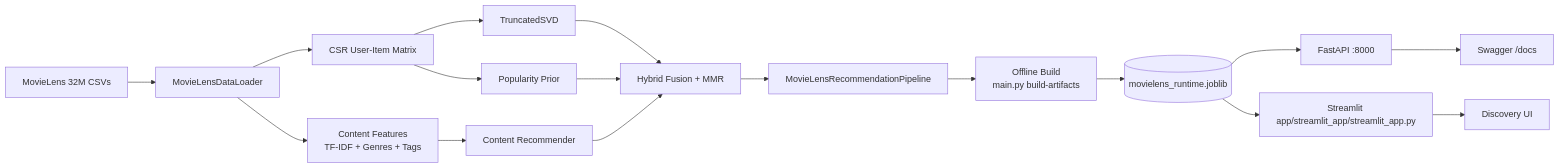
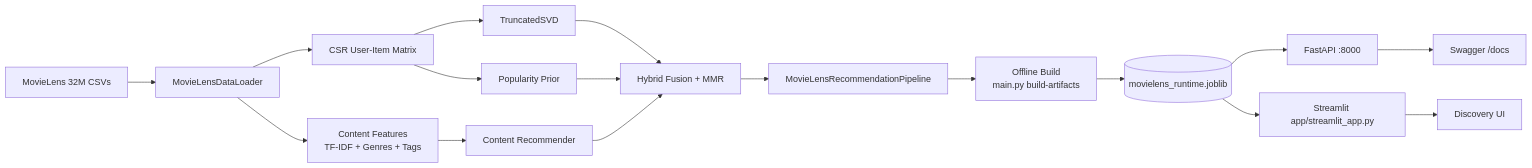
Before and after one commit to mightyalok00/movie-recommendation-system-scikit-learn: the diagram in README.md, drawn with Mermaid. The commit also changed other lines of this file, not shown here.

Commit message:
docs: fix Streamlit entrypoint links

````diff
--- a/README.md
+++ b/README.md
@@ -38,19 +38,19 @@
 ```mermaid
 flowchart LR
     A[MovieLens 32M CSVs] --> B[MovieLensDataLoader]
     B --> C[Content Features\nTF-IDF + Genres + Tags]
     B --> D[CSR User-Item Matrix]
     D --> E[TruncatedSVD]
     D --> F[Popularity Prior]
     C --> G[Content Recommender]
     E --> H[Hybrid Fusion + MMR]
     F --> H
     G --> H
     H --> I[MovieLensRecommendationPipeline]
     I --> J[Offline Build\nmain.py build-artifacts]
     J --> K[(movielens_runtime.joblib)]
     K --> L[FastAPI :8000]
-    K --> M[Streamlit app/streamlit_app/streamlit_app.py]
+    K --> M[Streamlit app/streamlit_app.py]
     L --> N[Swagger /docs]
     M --> O[Discovery UI]
 ```
````
